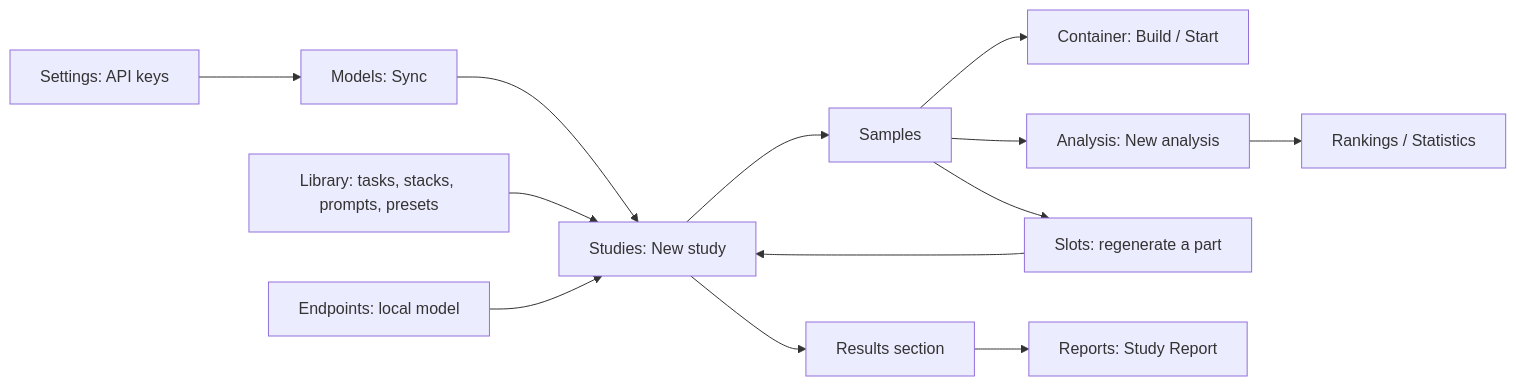
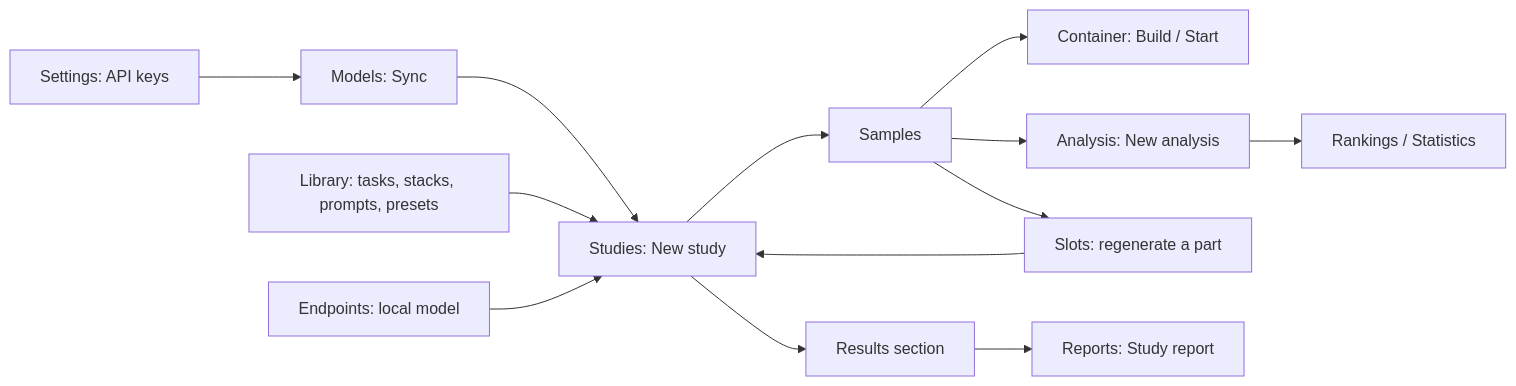
One commit to GrabowMar/AutoLLM_Code_Analyzer_rework changed the diagram in docs/USER_GUIDE.md. Above: the diagram before and after it, drawn with Mermaid. The commit also changed other lines of this file and 346 other files, not shown here.

````diff
--- a/docs/USER_GUIDE.md
+++ b/docs/USER_GUIDE.md
@@ -40,15 +40,15 @@
 ```mermaid
 flowchart LR
   K[Settings: API keys] --> M[Models: Sync]
   M --> G[Studies: New study]
   L[Library: tasks, stacks, prompts, presets] --> G
   E[Endpoints: local model] --> G
   G --> A[Samples]
   A --> R[Container: Build / Start]
   A --> N[Analysis: New analysis]
   A --> SL[Slots: regenerate a part]
   SL --> G
   G --> RS[Results section]
   N --> I[Rankings / Statistics]
-  RS --> P[Reports: Study Report]
+  RS --> P[Reports: Study report]
 ```
````
